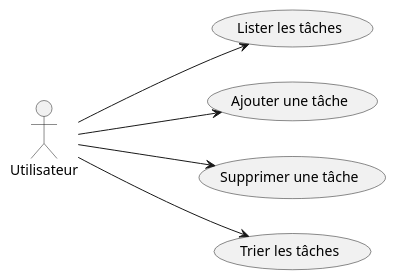
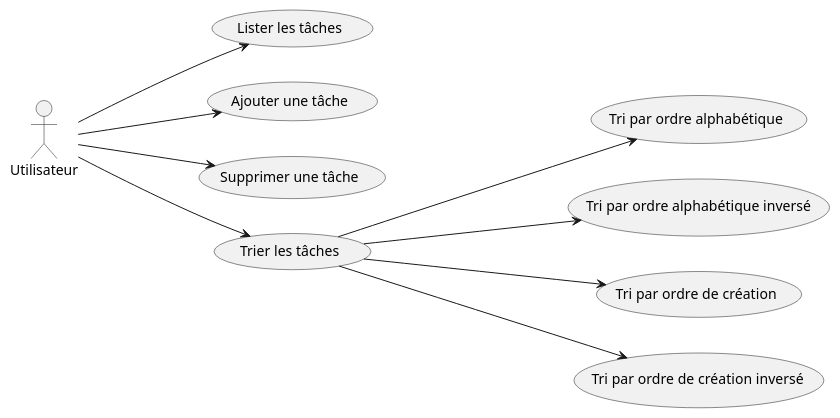
Before and after one commit to Gumpah/Todoc: the diagram in diagrams/use_case_diagram.puml, drawn with PlantUML.

Commit message:
Updating use case diagram

```diff
--- a/diagrams/use_case_diagram.puml
+++ b/diagrams/use_case_diagram.puml
@@ -1,13 +1,23 @@
 @startuml
 'https://plantuml.com/use-case-diagram
 left to right direction
 
 Utilisateur as User
 
+
 User ---> (Lister les tâches)
 User ---> (Ajouter une tâche)
 User ---> (Supprimer une tâche)
-User ---> (Trier les tâches)
+
+(Trier les tâches) as Tri
+
+User ---> Tri
+Tri ----> (Tri par ordre alphabétique)
+Tri ----> (Tri par ordre alphabétique inversé)
+Tri ----> (Tri par ordre de création)
+Tri ----> (Tri par ordre de création inversé)
+
+
 
 
 @enduml
```
